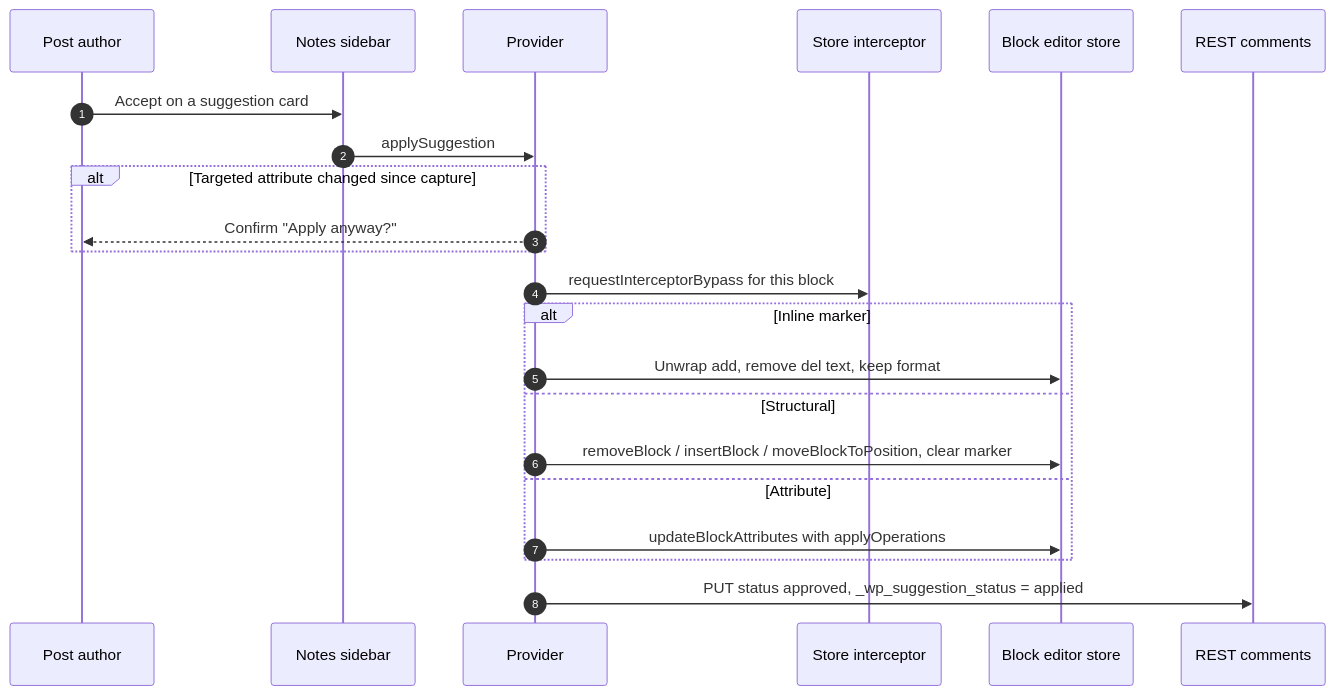
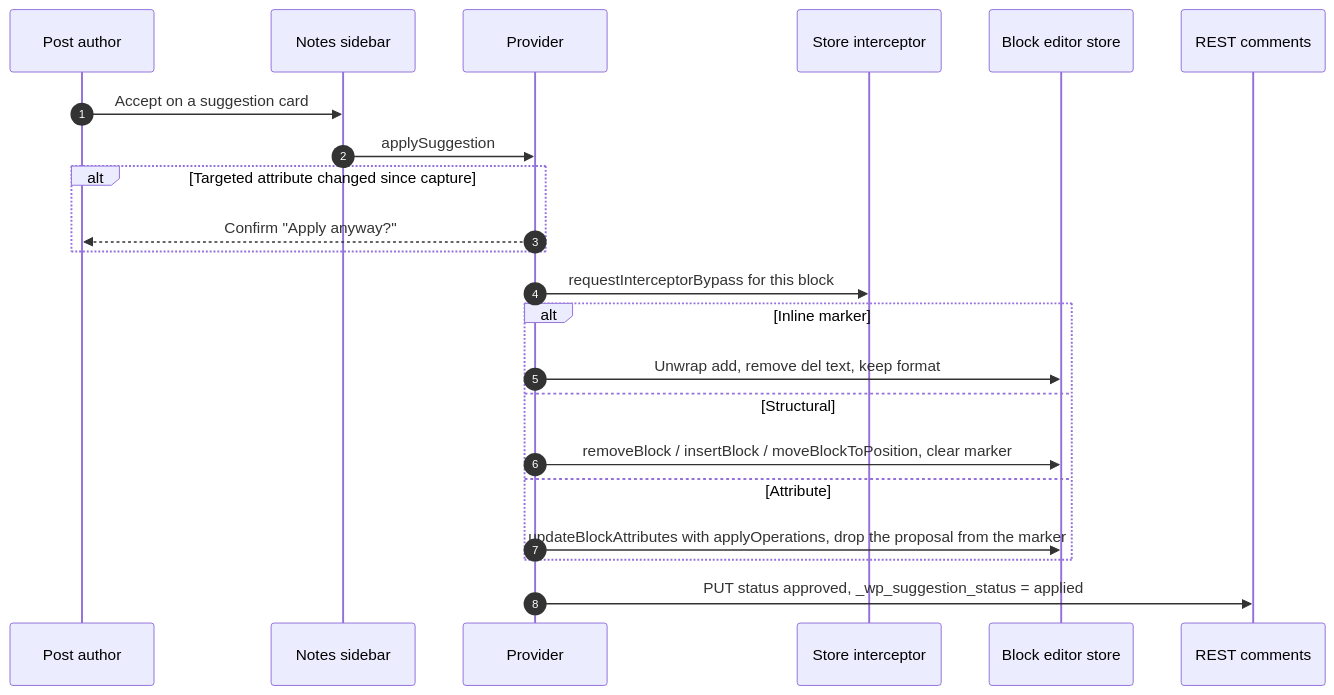
Before and after one commit to WordPress/gutenberg: the seventh of 8 diagrams in docs/explanations/architecture/suggestions-overview.md, drawn with Mermaid. The commit also changed other lines of this file, not shown here.

````diff
--- a/docs/explanations/architecture/suggestions-overview.md
+++ b/docs/explanations/architecture/suggestions-overview.md
@@ -249,25 +251,25 @@
 ```mermaid
 sequenceDiagram
     autonumber
     participant Au as Post author
     participant SB as Notes sidebar
     participant P as Provider
     participant I as Store interceptor
     participant S as Block editor store
     participant API as REST comments
 
     Au->>SB: Accept on a suggestion card
     SB->>P: applySuggestion
     alt Targeted attribute changed since capture
         P-->>Au: Confirm "Apply anyway?"
     end
     P->>I: requestInterceptorBypass for this block
     alt Inline marker
         P->>S: Unwrap add, remove del text, keep format
     else Structural
         P->>S: removeBlock / insertBlock / moveBlockToPosition, clear marker
     else Attribute
-        P->>S: updateBlockAttributes with applyOperations
+        P->>S: updateBlockAttributes with applyOperations, drop the proposal from the marker
     end
     P->>API: PUT status approved, _wp_suggestion_status = applied
 ```
````
